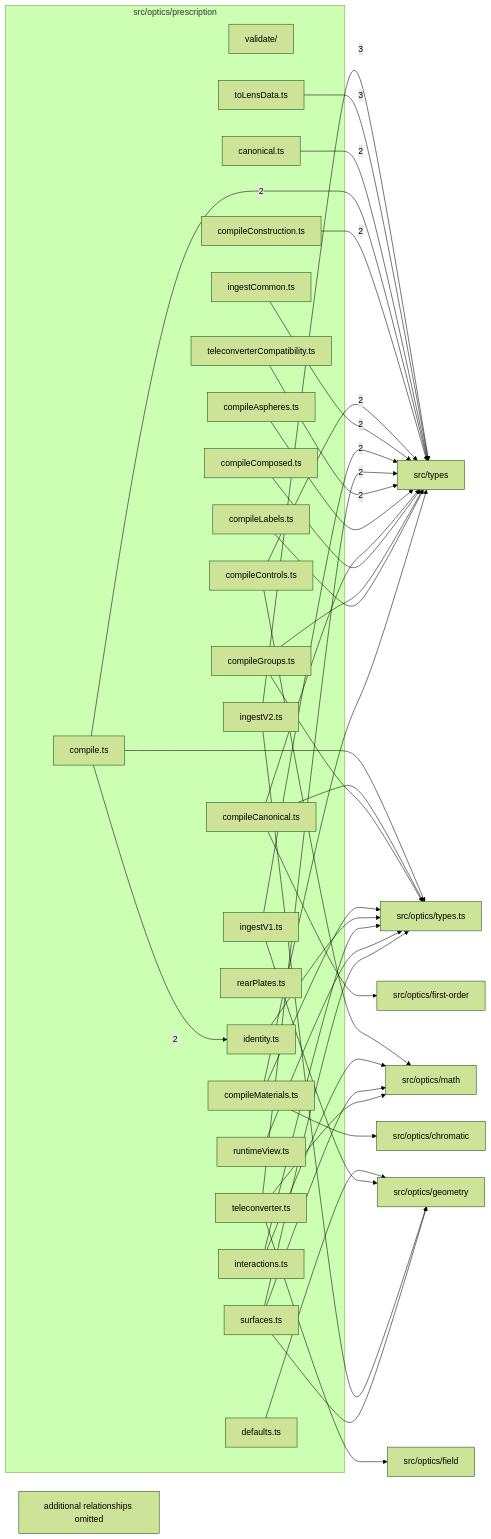
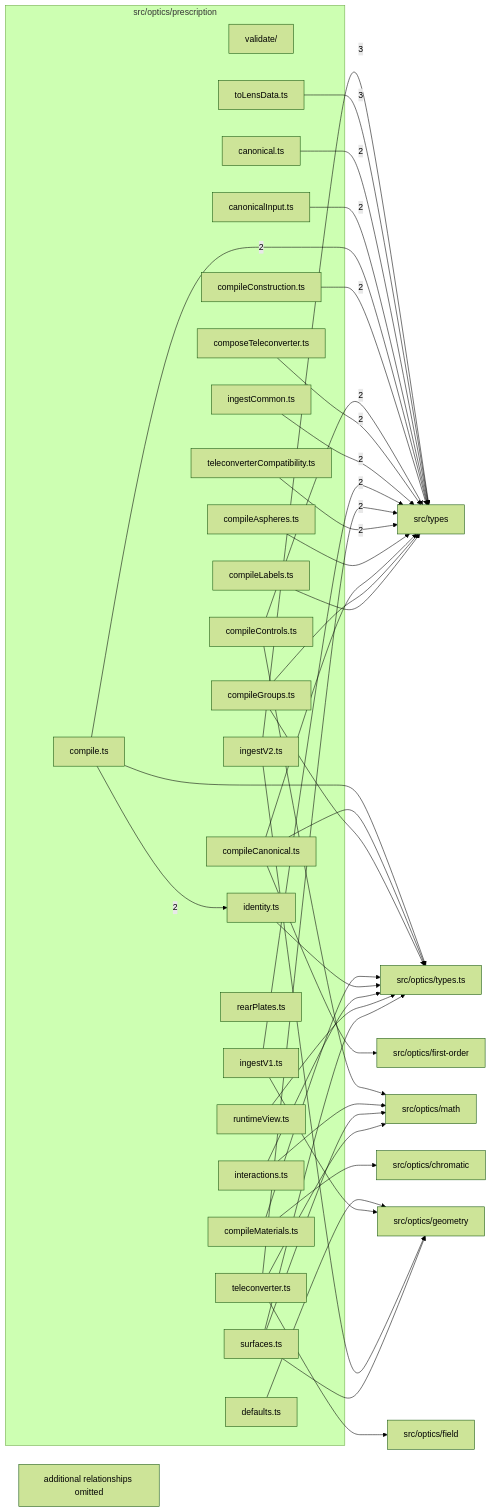
Before and after one commit to BeamFour/LensVisualizer: the diagram in src/optics/prescription/readme.md, drawn with Mermaid (forest theme). The commit also changed other lines of this file and 31 other files, not shown here.

````diff
--- a/src/optics/prescription/readme.md
+++ b/src/optics/prescription/readme.md
@@ -9,72 +9,73 @@
 ```mermaid
 flowchart LR
   subgraph n_src_optics_prescription["src/optics/prescription"]
     n_src_optics_prescription_src_optics_prescription_validate["validate/"]
     n_src_optics_prescription_src_optics_prescription_canonical_ts["canonical.ts"]
+    n_src_optics_prescription_src_optics_prescription_canonicalInput_ts["canonicalInput.ts"]
     n_src_optics_prescription_src_optics_prescription_compile_ts["compile.ts"]
     n_src_optics_prescription_src_optics_prescription_compileAspheres_ts["compileAspheres.ts"]
     n_src_optics_prescription_src_optics_prescription_compileCanonical_ts["compileCanonical.ts"]
-    n_src_optics_prescription_src_optics_prescription_compileComposed_ts["compileComposed.ts"]
     n_src_optics_prescription_src_optics_prescription_compileConstruction_ts["compileConstruction.ts"]
     n_src_optics_prescription_src_optics_prescription_compileControls_ts["compileControls.ts"]
     n_src_optics_prescription_src_optics_prescription_compileGroups_ts["compileGroups.ts"]
     n_src_optics_prescription_src_optics_prescription_compileLabels_ts["compileLabels.ts"]
     n_src_optics_prescription_src_optics_prescription_compileMaterials_ts["compileMaterials.ts"]
+    n_src_optics_prescription_src_optics_prescription_composeTeleconverter_ts["composeTeleconverter.ts"]
     n_src_optics_prescription_src_optics_prescription_defaults_ts["defaults.ts"]
     n_src_optics_prescription_src_optics_prescription_identity_ts["identity.ts"]
     n_src_optics_prescription_src_optics_prescription_ingestCommon_ts["ingestCommon.ts"]
     n_src_optics_prescription_src_optics_prescription_ingestV1_ts["ingestV1.ts"]
     n_src_optics_prescription_src_optics_prescription_ingestV2_ts["ingestV2.ts"]
     n_src_optics_prescription_src_optics_prescription_interactions_ts["interactions.ts"]
     n_src_optics_prescription_src_optics_prescription_rearPlates_ts["rearPlates.ts"]
     n_src_optics_prescription_src_optics_prescription_runtimeView_ts["runtimeView.ts"]
     n_src_optics_prescription_src_optics_prescription_surfaces_ts["surfaces.ts"]
     n_src_optics_prescription_src_optics_prescription_teleconverter_ts["teleconverter.ts"]
     n_src_optics_prescription_src_optics_prescription_teleconverterCompatibility_ts["teleconverterCompatibility.ts"]
     n_src_optics_prescription_src_optics_prescription_toLensData_ts["toLensData.ts"]
   end
   n_external_src_types["src/types"]
   n_external_src_optics_chromatic["src/optics/chromatic"]
   n_external_src_optics_field["src/optics/field"]
   n_external_src_optics_first_order["src/optics/first-order"]
   n_external_src_optics_geometry["src/optics/geometry"]
   n_external_src_optics_math["src/optics/math"]
   n_external_src_optics_types_ts["src/optics/types.ts"]
   n_src_optics_prescription_src_optics_prescription_ingestV2_ts --> |3| n_external_src_types
   n_src_optics_prescription_src_optics_prescription_toLensData_ts --> |3| n_external_src_types
   n_src_optics_prescription_src_optics_prescription_canonical_ts --> |2| n_external_src_types
+  n_src_optics_prescription_src_optics_prescription_canonicalInput_ts --> |2| n_external_src_types
   n_src_optics_prescription_src_optics_prescription_compile_ts --> |2| n_external_src_types
   n_src_optics_prescription_src_optics_prescription_compileConstruction_ts --> |2| n_external_src_types
   n_src_optics_prescription_src_optics_prescription_compileControls_ts --> |2| n_external_src_types
+  n_src_optics_prescription_src_optics_prescription_composeTeleconverter_ts --> |2| n_external_src_types
   n_src_optics_prescription_src_optics_prescription_ingestCommon_ts --> |2| n_external_src_types
   n_src_optics_prescription_src_optics_prescription_ingestV1_ts --> |2| n_external_src_types
   n_src_optics_prescription_src_optics_prescription_teleconverter_ts --> |2| n_external_src_types
   n_src_optics_prescription_src_optics_prescription_teleconverterCompatibility_ts --> |2| n_external_src_types
   n_src_optics_prescription_src_optics_prescription_compile_ts --> |2| n_src_optics_prescription_src_optics_prescription_identity_ts
   n_src_optics_prescription_src_optics_prescription_compileMaterials_ts --> n_external_src_optics_chromatic
   n_src_optics_prescription_src_optics_prescription_teleconverter_ts --> n_external_src_optics_field
   n_src_optics_prescription_src_optics_prescription_compileCanonical_ts --> n_external_src_optics_first_order
   n_src_optics_prescription_src_optics_prescription_defaults_ts --> n_external_src_optics_geometry
   n_src_optics_prescription_src_optics_prescription_ingestV1_ts --> n_external_src_optics_geometry
   n_src_optics_prescription_src_optics_prescription_ingestV2_ts --> n_external_src_optics_geometry
   n_src_optics_prescription_src_optics_prescription_surfaces_ts --> n_external_src_optics_geometry
   n_src_optics_prescription_src_optics_prescription_compileControls_ts --> n_external_src_optics_math
   n_src_optics_prescription_src_optics_prescription_interactions_ts --> n_external_src_optics_math
   n_src_optics_prescription_src_optics_prescription_surfaces_ts --> n_external_src_optics_math
   n_src_optics_prescription_src_optics_prescription_teleconverter_ts --> n_external_src_optics_math
   n_src_optics_prescription_src_optics_prescription_compile_ts --> n_external_src_optics_types_ts
   n_src_optics_prescription_src_optics_prescription_compileCanonical_ts --> n_external_src_optics_types_ts
   n_src_optics_prescription_src_optics_prescription_compileGroups_ts --> n_external_src_optics_types_ts
   n_src_optics_prescription_src_optics_prescription_compileMaterials_ts --> n_external_src_optics_types_ts
   n_src_optics_prescription_src_optics_prescription_identity_ts --> n_external_src_optics_types_ts
   n_src_optics_prescription_src_optics_prescription_interactions_ts --> n_external_src_optics_types_ts
   n_src_optics_prescription_src_optics_prescription_runtimeView_ts --> n_external_src_optics_types_ts
   n_src_optics_prescription_src_optics_prescription_surfaces_ts --> n_external_src_optics_types_ts
   n_src_optics_prescription_src_optics_prescription_compileAspheres_ts --> n_external_src_types
   n_src_optics_prescription_src_optics_prescription_compileCanonical_ts --> n_external_src_types
-  n_src_optics_prescription_src_optics_prescription_compileComposed_ts --> n_external_src_types
   n_src_optics_prescription_src_optics_prescription_compileGroups_ts --> n_external_src_types
   n_src_optics_prescription_src_optics_prescription_compileLabels_ts --> n_external_src_types
-  n_src_optics_prescription_src_optics_prescription_compileMaterials_ts --> n_external_src_types
   n_src_optics_prescription_truncated["additional relationships omitted"]
 ```
````
